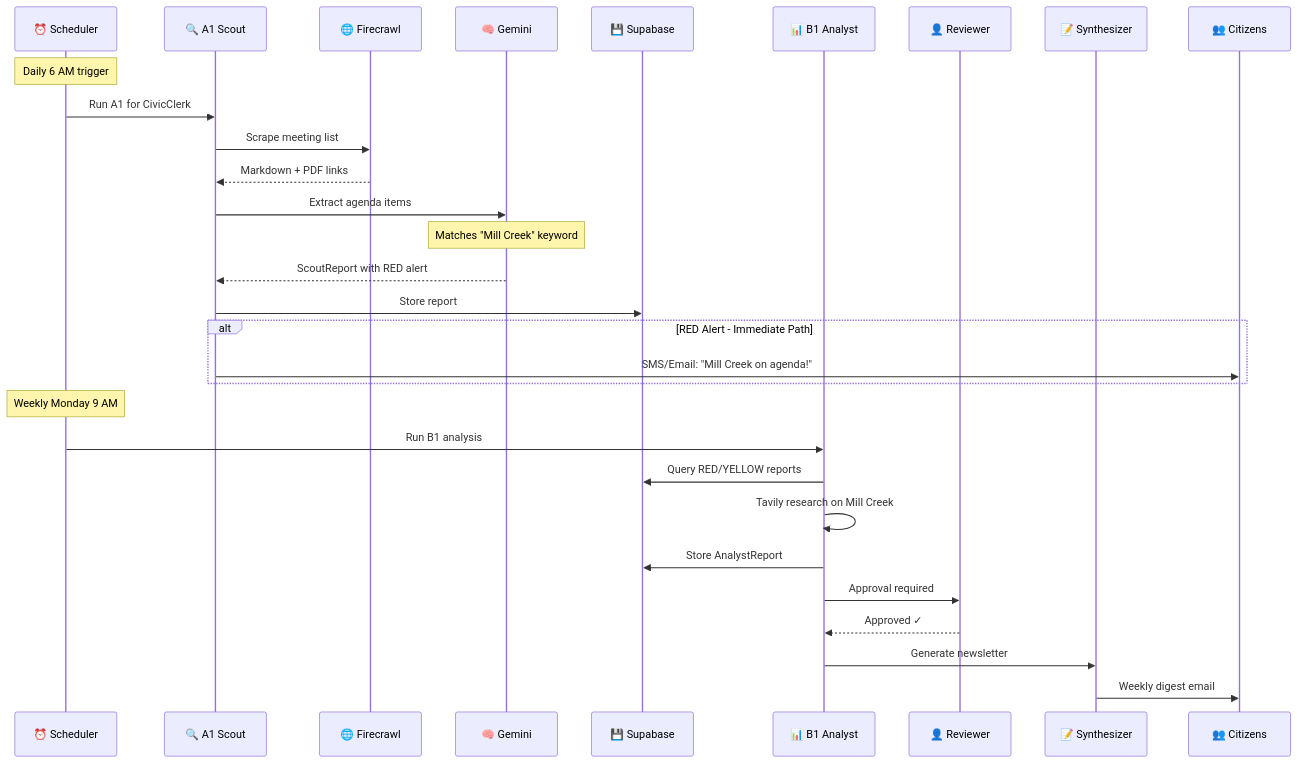
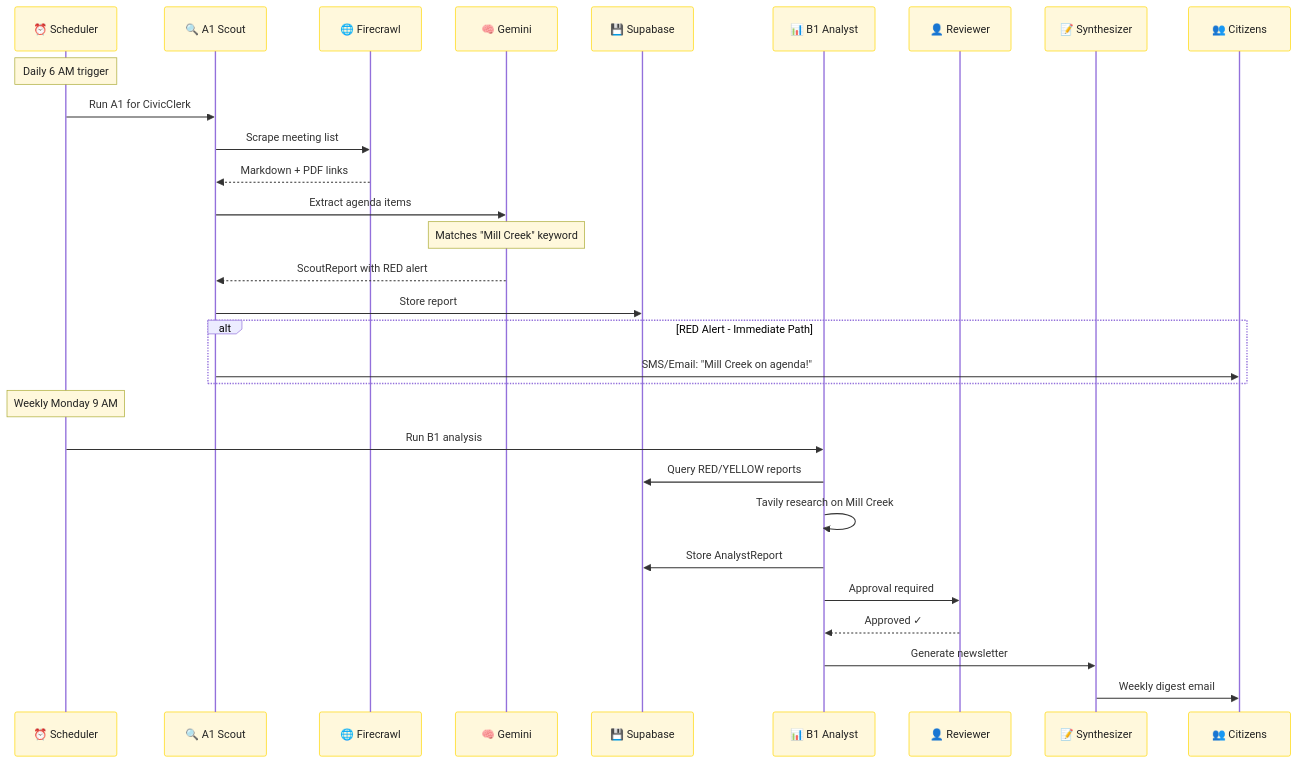
One commit to Hams-Ollo/open-sousveillance-studio changed the fifth of 5 diagrams in docs/SYSTEM_OVERVIEW.md. Above: the diagram before and after it, drawn with Mermaid. The commit also changed other lines of this file and 53 other files, not shown here.

First line of the commit message:
docs: Update project to Phase 3 Intelligence Layer with event-driven architecture, CivicEvent model, and watchdog rules engine

````diff
--- a/docs/SYSTEM_OVERVIEW.md
+++ b/docs/SYSTEM_OVERVIEW.md
@@ -309,39 +345,40 @@
 ```mermaid
+%%{init: { 'themeVariables': { 'fontSize': '16px', 'fontFamily': 'Segoe UI, Arial', 'primaryColor': '#222', 'actorTextColor': '#222', 'actorBorder': '#FFD700', 'actorBkg': '#FFF8DC', 'noteBkgColor': '#FFF8DC', 'noteTextColor': '#222' } } }%%
 sequenceDiagram
     participant Celery as ⏰ Scheduler
     participant Scout as 🔍 A1 Scout
     participant FC as 🌐 Firecrawl
     participant Gemini as 🧠 Gemini
     participant DB as 💾 Supabase
     participant Analyst as 📊 B1 Analyst
     participant Human as 👤 Reviewer
     participant Synth as 📝 Synthesizer
     participant Citizen as 👥 Citizens
 
     Note over Celery: Daily 6 AM trigger
     Celery->>Scout: Run A1 for CivicClerk
     Scout->>FC: Scrape meeting list
     FC-->>Scout: Markdown + PDF links
 
     Scout->>Gemini: Extract agenda items
     Note over Gemini: Matches "Mill Creek" keyword
     Gemini-->>Scout: ScoutReport with RED alert
 
     Scout->>DB: Store report
 
     alt RED Alert - Immediate Path
         Scout->>Citizen: SMS/Email: "Mill Creek on agenda!"
     end
 
     Note over Celery: Weekly Monday 9 AM
     Celery->>Analyst: Run B1 analysis
     Analyst->>DB: Query RED/YELLOW reports
     Analyst->>Analyst: Tavily research on Mill Creek
     Analyst->>DB: Store AnalystReport
 
     Analyst->>Human: Approval required
     Human-->>Analyst: Approved ✓
 
     Analyst->>Synth: Generate newsletter
     Synth->>Citizen: Weekly digest email
 ```
````
